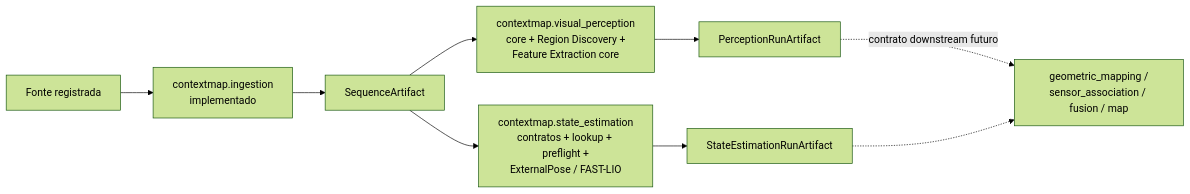
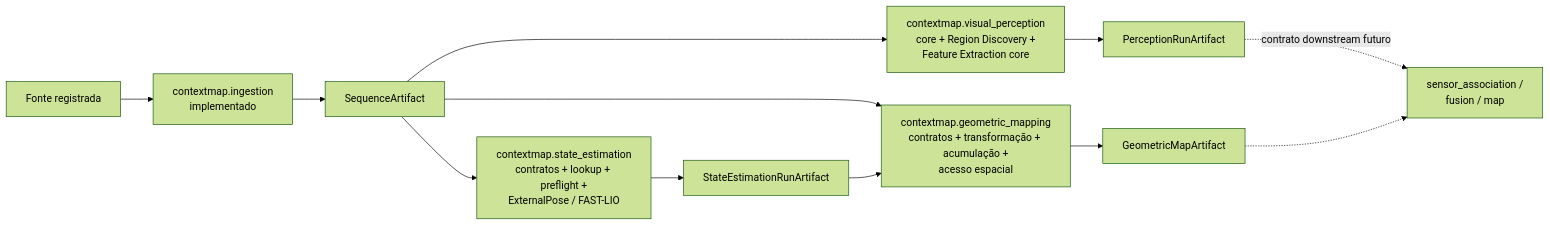
Before and after one commit to Alexandre-Tortoza/contextmap2: the third of 7 diagrams in docs/architecture.md, drawn with Mermaid (forest theme). The commit also changed other lines of this file and 6 other files, not shown here.

First line of the commit message:
docs(geometric-mapping): integrate the milestone into the global documentation

````diff
--- a/docs/architecture.md
+++ b/docs/architecture.md
@@ -116,11 +116,14 @@
 ```mermaid
 flowchart LR
     SRC["Fonte registrada"] --> ING["contextmap.ingestion<br/>implementado"]
     ING --> SA["SequenceArtifact"]
     SA --> VP["contextmap.visual_perception<br/>core + Region Discovery +<br/>Feature Extraction core"]
     VP --> PRA["PerceptionRunArtifact"]
     SA --> ST["contextmap.state_estimation<br/>contratos + lookup + preflight +<br/>ExternalPose / FAST-LIO"]
     ST --> TRA["StateEstimationRunArtifact"]
-    PRA -. contrato downstream futuro .-> NEXT["geometric_mapping /<br/>sensor_association / fusion / map"]
-    TRA -.-> NEXT
+    SA --> GM["contextmap.geometric_mapping<br/>contratos + transformação + acumulação +<br/>acesso espacial"]
+    TRA --> GM
+    GM --> MAPA["GeometricMapArtifact"]
+    PRA -. contrato downstream futuro .-> NEXT["sensor_association /<br/>fusion / map"]
+    MAPA -.-> NEXT
 ```
````
